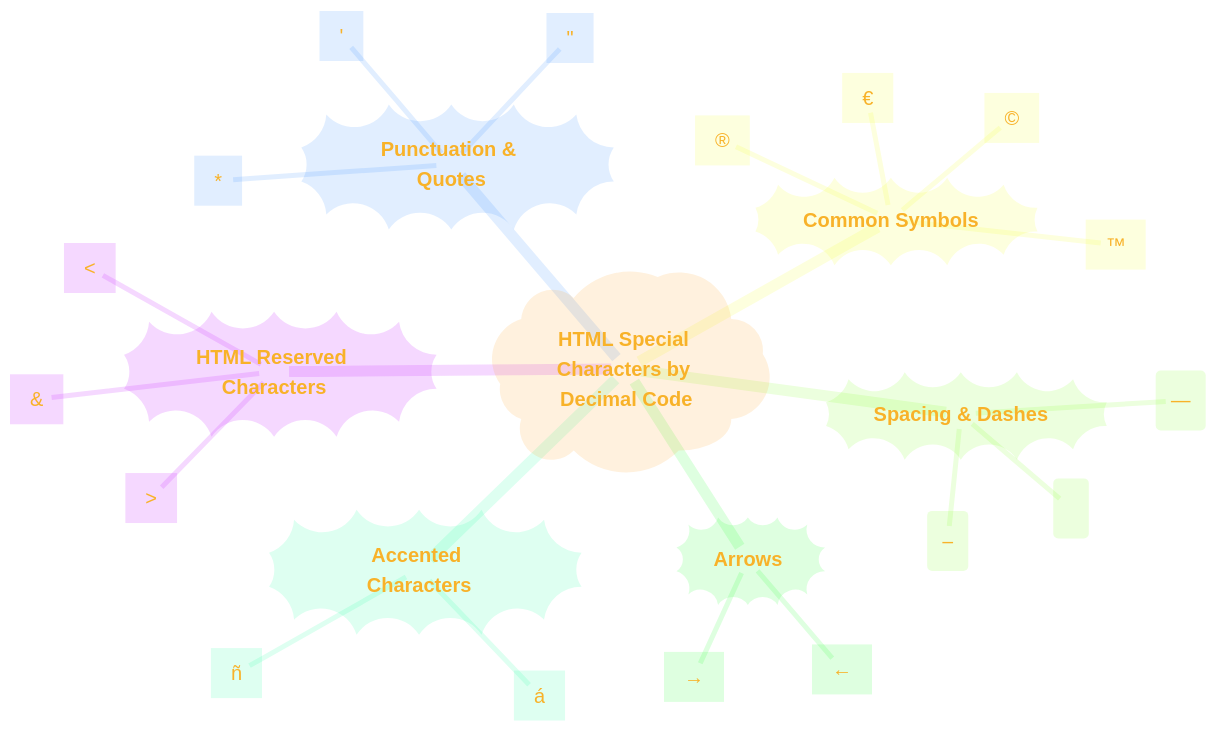
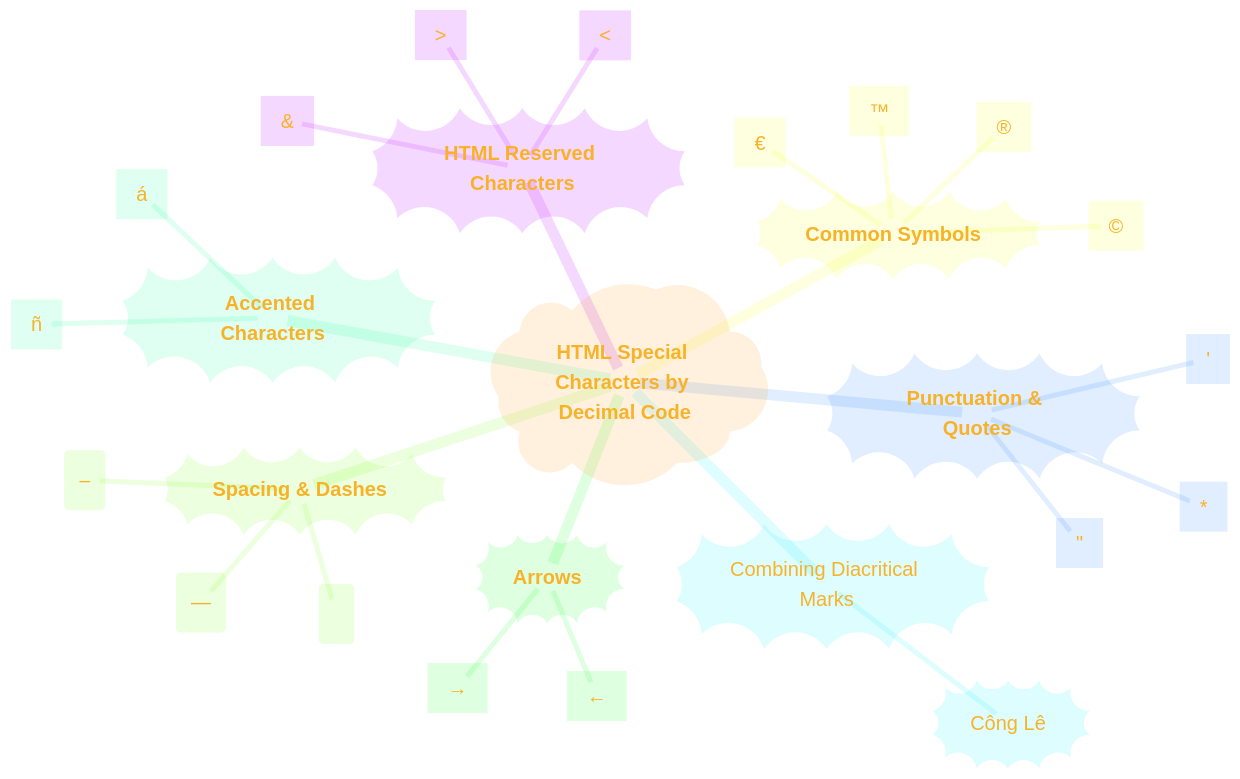
The fifth of 6 diagrams in Designing_Graphic_Syntax/HTML_Entity_Number_in_decimal_representation_inside_Mermaid_diagrams.md (CongLeSolutionX/MY_GRAPHIC_ASSETS), drawn with Mermaid before and after one commit.

Commit message:
update note

````diff
--- a/Designing_Graphic_Syntax/HTML_Entity_Number_in_decimal_representation_inside_Mermaid_diagrams.md
+++ b/Designing_Graphic_Syntax/HTML_Entity_Number_in_decimal_representation_inside_Mermaid_diagrams.md
@@ -299,56 +299,58 @@
 ```mermaid
 ---
 title: "HTML Entity Number Rendered inside a Mermaid Mind Map"
 author: "Cong Le"
 version: "1.0"
 license(s): "MIT, CC BY-SA 4.0"
 copyright: "Copyright © 2025 Cong Le. All Rights Reserved."
 config:
   theme: base
 ---
 %%%%%%%% Mermaid version v11.4.1-b.14
 %%{
   init: {
     'fontFamily': 'Fantasy',
     'logLevel': 'fatal',
     'mindmap': {
 	    'nodeAlign': 'center',
 	    'padding': 10
     },
     'themeVariables': {
       'primaryColor': '#FC82',
       'primaryTextColor': '#F8B229',
       'primaryBorderColor': '#27AE60',
       'secondaryColor': '#EBF3',
       'secondaryTextColor': '#6C3483',
       'secondaryBorderColor': '#A569BD',
       'fontSize': '20px'
     }
   }
 }%%
 mindmap
   root)"**HTML Special Characters by Decimal Code**"(
     HTML_Reserved_Characters))"**HTML Reserved Characters**"((
         Symbol_1["`#60;`"] %% < %% Less than sign
         Symbol_2["`#62;`"] %% > %% Greater than sign
         Symbol_3["`#38;`"] %% & %% Ampersand
     Punctuation_and_Quotes))"**Punctuation & Quotes**"((
         Symbol_1["`#34;`"] %% " %% Double quotation mark
         Symbol_2["`#39;`"] %% ' %% Single quotation mark
         Symbol_3["`#42;`"] %% * %% Asterisk symbol
     Common_Symbols))"**Common Symbols**"((
         Symbol_1["`#169;`"] %% © %% Copyright Symbol
         Symbol_2["`#174;`"] %% ® %% Registered Symbol
         Symbol_3["`#8482;`"] %% ™ %% Trademark Symbol
         Symbol_4["`#8364;`"] %% € %% Euro Symbol
     Spacing_and_Dashes))"**Spacing & Dashes**"((
         Symbol_1("`#160;`") %% Non-Breaking Space
         Symbol_2("`#8211;`") %% En Dash
         Symbol_3("`#8212;`") %% Em Dash
     Arrows))"**Arrows**"((
         Symbol_1["`#8592;`"] %% ← %% Left Arrow
         Symbol_2["`#8594;`"] %% → %% Right Arrow
     Accented_Characters))"**Accented Characters**"((
         Symbol_1["`#225;`"] %% á
         Symbol_2["`#241;`"] %% ñ
+    Combining_Diacritical_Marks))"Combining Diacritical Marks"((
+        Character_1))"`Co#770;ng Le#770;`"((
 ```
````
